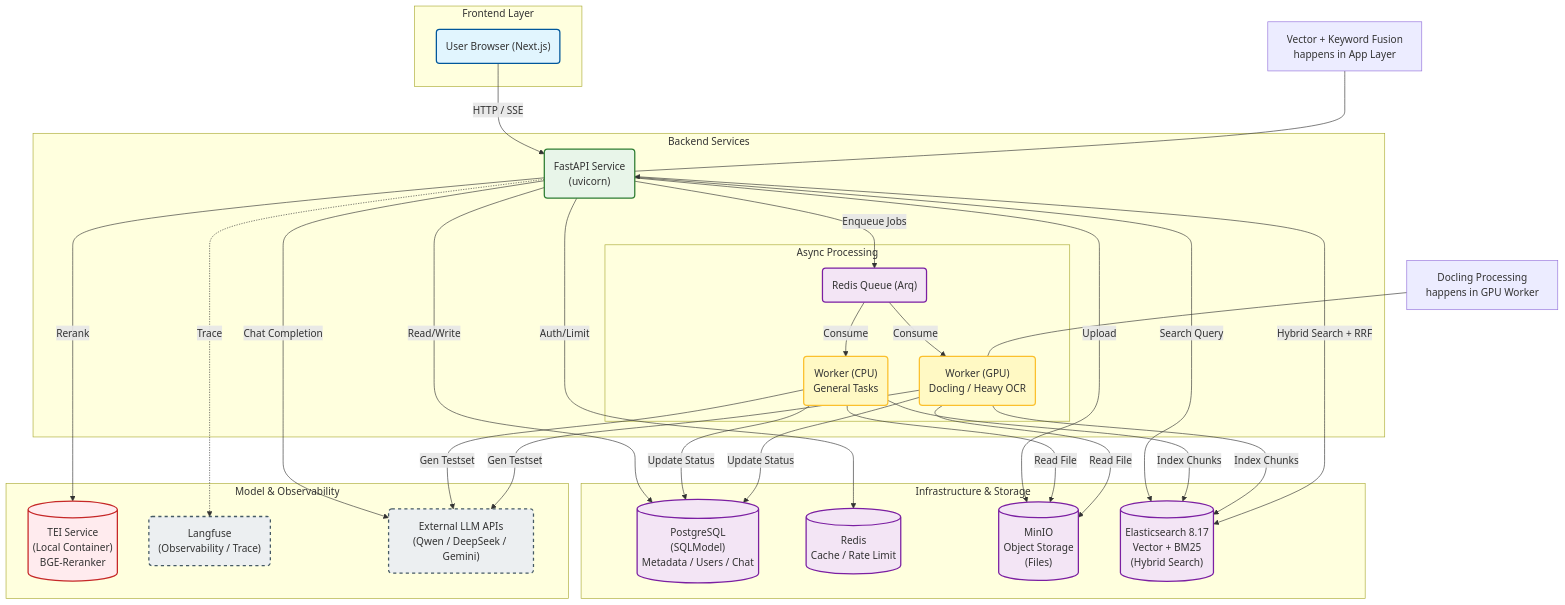
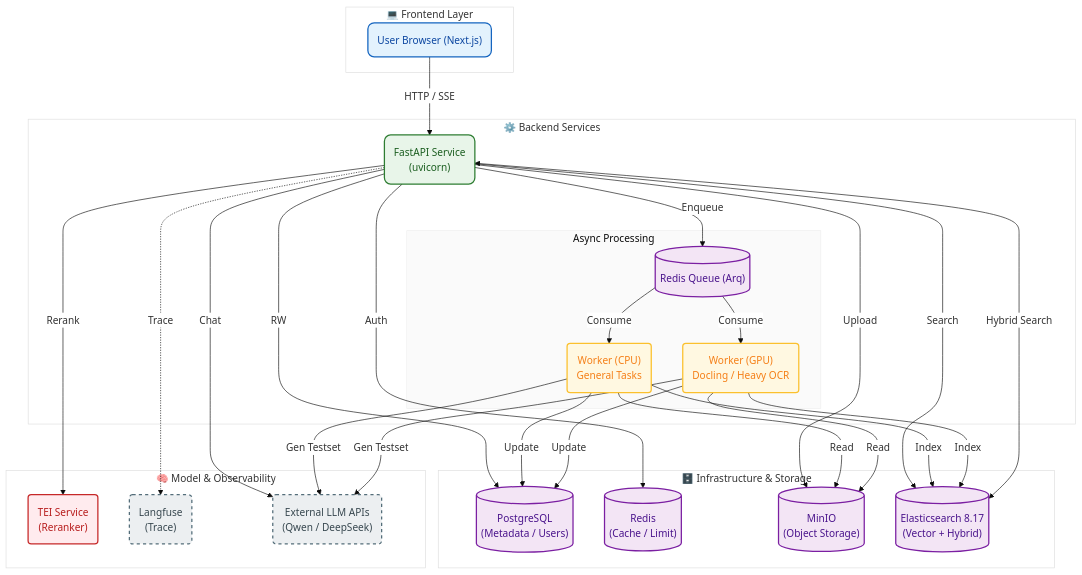
The first of 3 diagrams in README.md (pswd123456/rag-practice), drawn with Mermaid before and after one commit. The commit also changed other lines of this file, not shown here.

````diff
--- a/README.md
+++ b/README.md
@@ -110,70 +110,68 @@
 ```mermaid
-graph TD
-    %% Define Styles
-    classDef client fill:#e1f5fe,stroke:#01579b,stroke-width:2px;
-    classDef api fill:#e8f5e9,stroke:#2e7d32,stroke-width:2px;
-    classDef worker fill:#fff9c4,stroke:#fbc02d,stroke-width:2px;
-    classDef data fill:#f3e5f5,stroke:#7b1fa2,stroke-width:2px;
-    classDef model fill:#ffebee,stroke:#c62828,stroke-width:2px;
-    classDef ext fill:#eceff1,stroke:#455a64,stroke-width:2px,stroke-dasharray: 5 5;
+%%{init: {'theme': 'base', 'themeVariables': { 'primaryColor': '#ffcc00', 'edgeLabelBackground':'#ffffff', 'tertiaryColor': '#f4f4f4', 'fontFamily': 'Inter, sans-serif'}}}%%
+flowchart TD
+    %% 样式定义
+    classDef client fill:#E3F2FD,stroke:#1565C0,stroke-width:2px,color:#0D47A1,rx:10,ry:10;
+    classDef api fill:#E8F5E9,stroke:#2E7D32,stroke-width:2px,color:#1B5E20,rx:10,ry:10;
+    classDef worker fill:#FFF8E1,stroke:#FBC02D,stroke-width:2px,color:#F57F17,rx:5,ry:5;
+    classDef db fill:#F3E5F5,stroke:#7B1FA2,stroke-width:2px,color:#4A148C;
+    classDef model fill:#FFEBEE,stroke:#C62828,stroke-width:2px,color:#B71C1C,rx:5,ry:5;
+    classDef ext fill:#ECEFF1,stroke:#546E7A,stroke-width:2px,stroke-dasharray: 5 5,color:#37474F;
 
     %% Client Layer
-    subgraph Client_Layer [Frontend Layer]
+    subgraph Client_Layer [💻 Frontend Layer]
+        style Client_Layer fill:#fff,stroke:#ddd,color:#333
         Browser("User Browser (Next.js)"):::client
     end
 
     %% Backend Layer
-    subgraph Backend_Layer [Backend Services]
+    subgraph Backend_Layer [⚙️ Backend Services]
+        style Backend_Layer fill:#fff,stroke:#ddd,color:#333
         API("FastAPI Service<br/>(uvicorn)"):::api
         
         subgraph Async_Task_Queue [Async Processing]
-            RedisQueue("Redis Queue (Arq)"):::data
+            style Async_Task_Queue fill:#fafafa,stroke:#eee
+            RedisQueue[("Redis Queue (Arq)")]:::db
             WorkerCPU("Worker (CPU)<br/>General Tasks"):::worker
             WorkerGPU("Worker (GPU)<br/>Docling / Heavy OCR"):::worker
         end
     end
 
     %% Data Layer
-    subgraph Data_Layer [Infrastructure & Storage]
-        Postgres[("PostgreSQL<br/>(SQLModel)<br/>Metadata / Users / Chat")]:::data
-        RedisCache[("Redis<br/>Cache / Rate Limit")]:::data
-        MinIO[("MinIO<br/>Object Storage<br/>(Files)")]:::data
-        Elasticsearch[("Elasticsearch 8.17<br/>Vector + BM25<br/>(Hybrid Search)")]:::data
+    subgraph Data_Layer [🗄️ Infrastructure & Storage]
+        style Data_Layer fill:#fff,stroke:#ddd,color:#333
+        Postgres[("PostgreSQL<br/>(Metadata / Users)")]:::db
+        RedisCache[("Redis<br/>(Cache / Limit)")]:::db
+        MinIO[("MinIO<br/>(Object Storage)")]:::db
+        Elasticsearch[("Elasticsearch 8.17<br/>(Vector + Hybrid)")]:::db
     end
 
     %% Model & Ops Layer
-    subgraph Model_Ops_Layer [Model & Observability]
-        TEI[("TEI Service<br/>(Local Container)<br/>BGE-Reranker")]:::model
-        Langfuse("Langfuse<br/>(Observability / Trace)"):::ext
-        ExternalLLM("External LLM APIs<br/>(Qwen / DeepSeek / Gemini)"):::ext
+    subgraph Model_Ops_Layer [🧠 Model & Observability]
+        style Model_Ops_Layer fill:#fff,stroke:#ddd,color:#333
+        TEI("TEI Service<br/>(Reranker)"):::model
+        Langfuse("Langfuse<br/>(Trace)"):::ext
+        ExternalLLM("External LLM APIs<br/>(Qwen / DeepSeek)"):::ext
     end
 
-    %% Relationships - User Flow
+    %% 连线关系
     Browser -->|HTTP / SSE| API
     
-    %% Relationships - API Logic
-    API -->|Read/Write| Postgres
-    API -->|Auth/Limit| RedisCache
+    API -->|RW| Postgres
+    API -->|Auth| RedisCache
     API -->|Upload| MinIO
-    API -->|Enqueue Jobs| RedisQueue
-    API -->|Search Query| Elasticsearch
+    API -->|Enqueue| RedisQueue
+    API -->|Search| Elasticsearch
     API -->|Rerank| TEI
-    API -->|Chat Completion| ExternalLLM
+    API -->|Chat| ExternalLLM
     API -.->|Trace| Langfuse
 
-    %% Relationships - Worker Logic
-    RedisQueue -->|Consume| WorkerCPU
-    RedisQueue -->|Consume| WorkerGPU
+    RedisQueue -->|Consume| WorkerCPU & WorkerGPU
     
-    WorkerCPU & WorkerGPU -->|Read File| MinIO
-    WorkerCPU & WorkerGPU -->|Update Status| Postgres
-    WorkerCPU & WorkerGPU -->|Index Chunks| Elasticsearch
+    WorkerCPU & WorkerGPU -->|Read| MinIO
+    WorkerCPU & WorkerGPU -->|Update| Postgres
+    WorkerCPU & WorkerGPU -->|Index| Elasticsearch
     WorkerCPU & WorkerGPU -->|Gen Testset| ExternalLLM
     
-    %% Specific Flows
-    Elasticsearch <-->|Hybrid Search + RRF| API
-    
-    %% Legend / Notes
-    note1[Docling Processing<br/>happens in GPU Worker] --- WorkerGPU
-    note2[Vector + Keyword Fusion<br/>happens in App Layer] --- API
+    Elasticsearch <-->|Hybrid Search| API
 ```
````
